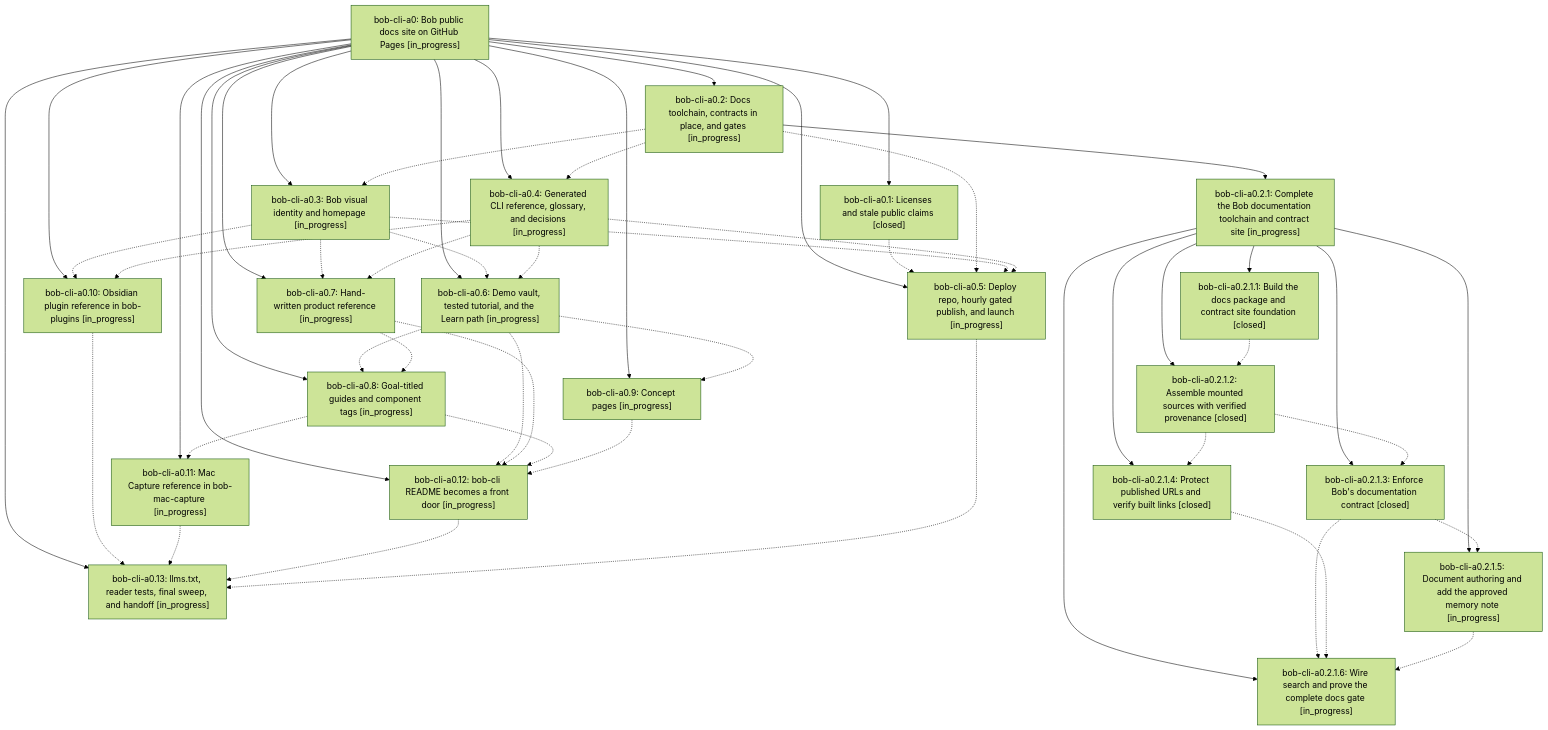
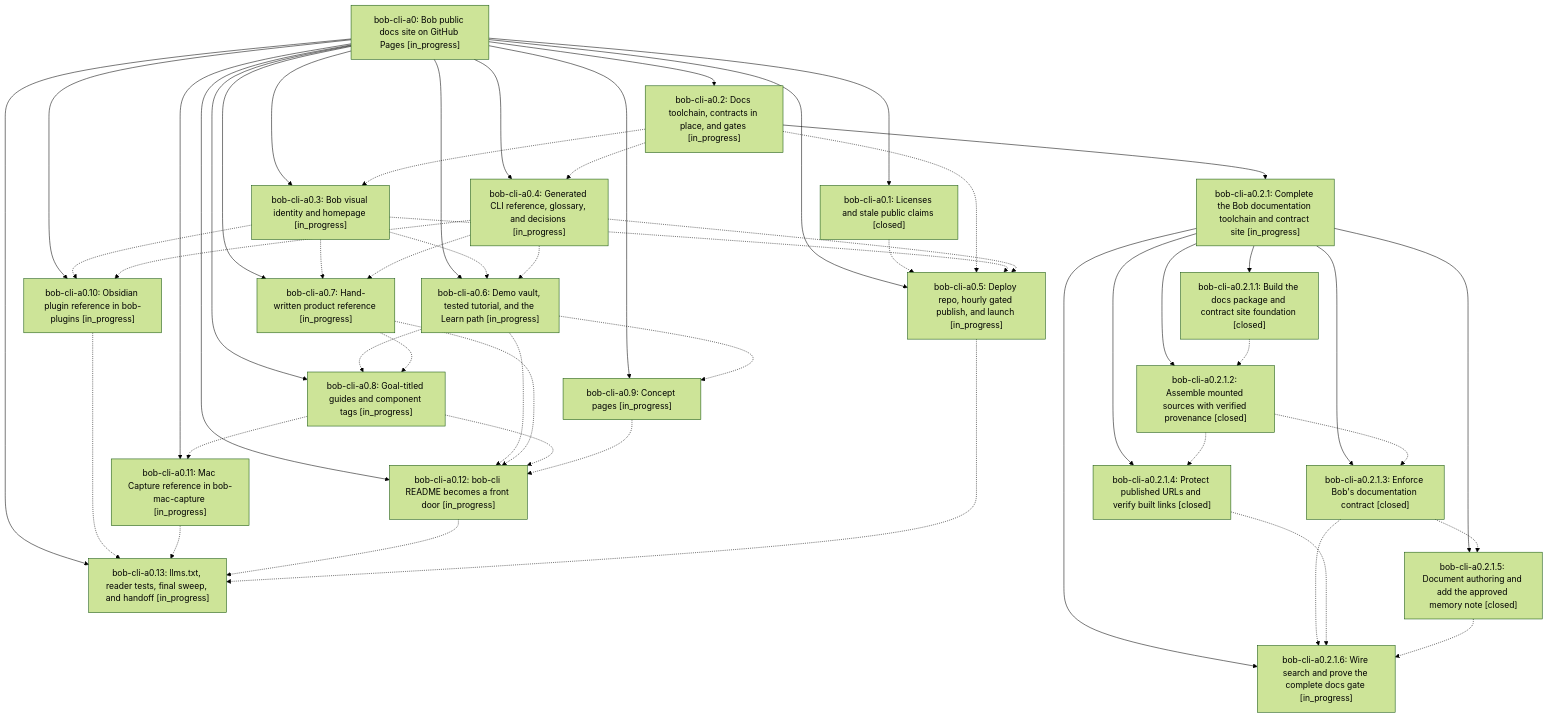
Before and after one commit to bobs-org/bob-cli--beads: the diagram in pages/bob-cli-a0/README.md, drawn with Mermaid (forest theme). The commit also changed other lines of this file and 5 other files, not shown here.

First line of the commit message:
chore(beads): sync bead state and pages for bob-cli-a0

````diff
--- a/pages/bob-cli-a0/README.md
+++ b/pages/bob-cli-a0/README.md
@@ -46,75 +46,75 @@
 ```mermaid
 flowchart TD
     n0["bob-cli-a0: Bob public docs site on GitHub Pages [in_progress]"]
     n1["bob-cli-a0.1: Licenses and stale public claims [closed]"]
     n2["bob-cli-a0.10: Obsidian plugin reference in bob-plugins [in_progress]"]
     n3["bob-cli-a0.11: Mac Capture reference in bob-mac-capture [in_progress]"]
     n4["bob-cli-a0.12: bob-cli README becomes a front door [in_progress]"]
     n5["bob-cli-a0.13: llms.txt, reader tests, final sweep, and handoff [in_progress]"]
     n6["bob-cli-a0.2: Docs toolchain, contracts in place, and gates [in_progress]"]
     n7["bob-cli-a0.2.1: Complete the Bob documentation toolchain and contract site [in_progress]"]
     n8["bob-cli-a0.2.1.1: Build the docs package and contract site foundation [closed]"]
     n9["bob-cli-a0.2.1.2: Assemble mounted sources with verified provenance [closed]"]
     n10["bob-cli-a0.2.1.3: Enforce Bob's documentation contract [closed]"]
     n11["bob-cli-a0.2.1.4: Protect published URLs and verify built links [closed]"]
-    n12["bob-cli-a0.2.1.5: Document authoring and add the approved memory note [in_progress]"]
+    n12["bob-cli-a0.2.1.5: Document authoring and add the approved memory note [closed]"]
     n13["bob-cli-a0.2.1.6: Wire search and prove the complete docs gate [in_progress]"]
     n14["bob-cli-a0.3: Bob visual identity and homepage [in_progress]"]
     n15["bob-cli-a0.4: Generated CLI reference, glossary, and decisions [in_progress]"]
     n16["bob-cli-a0.5: Deploy repo, hourly gated publish, and launch [in_progress]"]
     n17["bob-cli-a0.6: Demo vault, tested tutorial, and the Learn path [in_progress]"]
     n18["bob-cli-a0.7: Hand-written product reference [in_progress]"]
     n19["bob-cli-a0.8: Goal-titled guides and component tags [in_progress]"]
     n20["bob-cli-a0.9: Concept pages [in_progress]"]
     n0 --> n1
     n0 --> n2
     n0 --> n3
     n0 --> n4
     n0 --> n5
     n0 --> n6
     n6 --> n7
     n7 --> n8
     n7 --> n9
     n7 --> n10
     n7 --> n11
     n7 --> n12
     n7 --> n13
     n0 --> n14
     n0 --> n15
     n0 --> n16
     n0 --> n17
     n0 --> n18
     n0 --> n19
     n0 --> n20
     n1 -.-> n16
     n2 -.-> n5
     n3 -.-> n5
     n4 -.-> n5
     n6 -.-> n14
     n6 -.-> n15
     n6 -.-> n16
     n8 -.-> n9
     n9 -.-> n10
     n9 -.-> n11
     n10 -.-> n12
     n10 -.-> n13
     n11 -.-> n13
     n12 -.-> n13
     n14 -.-> n2
     n14 -.-> n16
     n14 -.-> n17
     n14 -.-> n18
     n15 -.-> n2
     n15 -.-> n16
     n15 -.-> n17
     n15 -.-> n18
     n16 -.-> n5
     n17 -.-> n4
     n17 -.-> n19
     n17 -.-> n20
     n18 -.-> n4
     n18 -.-> n19
     n19 -.-> n3
     n19 -.-> n4
     n20 -.-> n4
 ```
````
